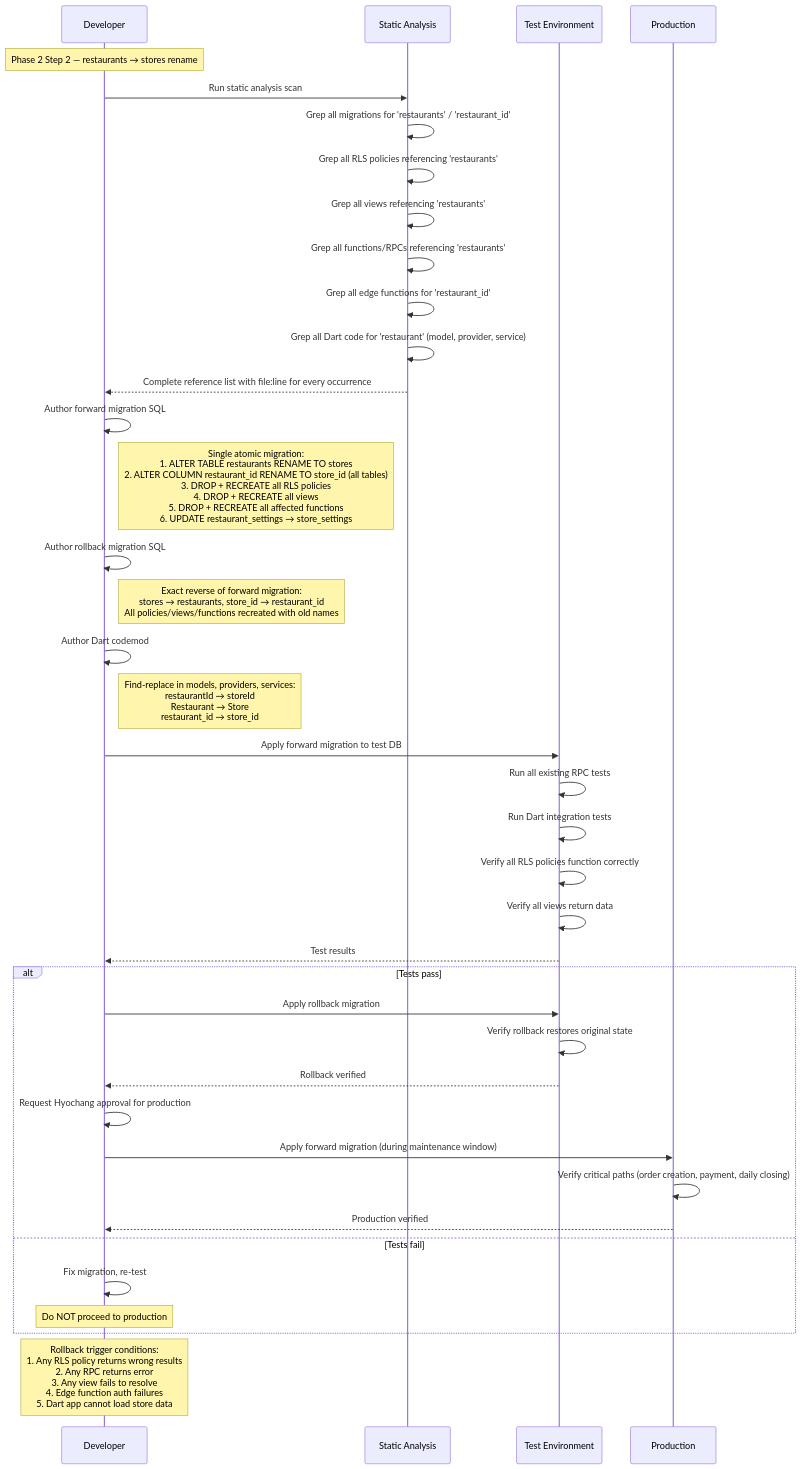
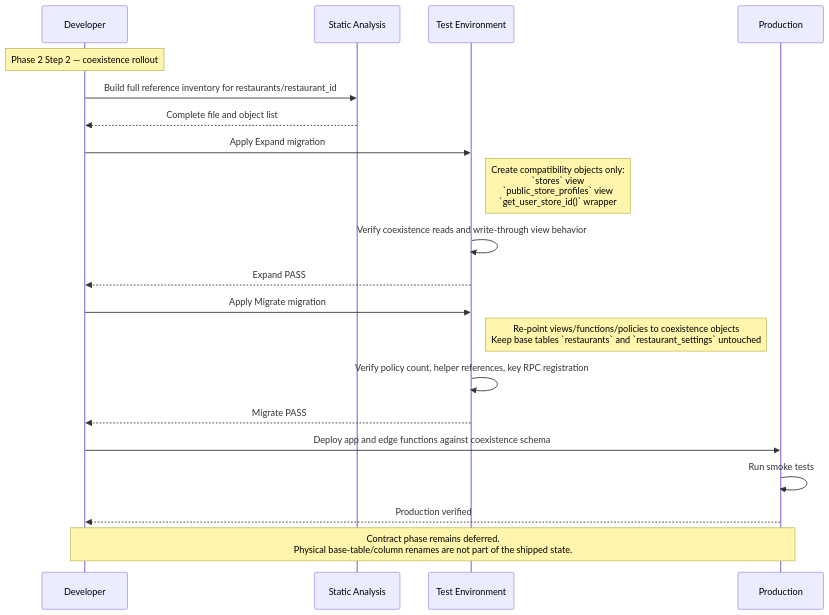
One commit to ahc0403-commits/globospossystem changed the seventh of 7 diagrams in docs/phase_1_architecture.md. Above: the diagram before and after it, drawn with Mermaid. The commit also changed other lines of this file and 49 other files, not shown here.

Commit message:
Apply store contract rename and doc sync

````diff
--- a/docs/phase_1_architecture.md
+++ b/docs/phase_1_architecture.md
@@ -1062,50 +956,30 @@
 ```mermaid
 sequenceDiagram
     participant Dev as Developer
     participant SA as Static Analysis
     participant Test as Test Environment
     participant Prod as Production
 
-    Note over Dev: Phase 2 Step 2 — restaurants → stores rename
+    Note over Dev: Phase 2 Step 2 — coexistence rollout
 
-    Dev->>SA: Run static analysis scan
-    SA->>SA: Grep all migrations for 'restaurants' / 'restaurant_id'
-    SA->>SA: Grep all RLS policies referencing 'restaurants'
-    SA->>SA: Grep all views referencing 'restaurants'
-    SA->>SA: Grep all functions/RPCs referencing 'restaurants'
-    SA->>SA: Grep all edge functions for 'restaurant_id'
-    SA->>SA: Grep all Dart code for 'restaurant' (model, provider, service)
-    SA-->>Dev: Complete reference list with file:line for every occurrence
+    Dev->>SA: Build full reference inventory for restaurants/restaurant_id
+    SA-->>Dev: Complete file and object list
 
-    Dev->>Dev: Author forward migration SQL
-    Note right of Dev: Single atomic migration:<br/>1. ALTER TABLE restaurants RENAME TO stores<br/>2. ALTER COLUMN restaurant_id RENAME TO store_id (all tables)<br/>3. DROP + RECREATE all RLS policies<br/>4. DROP + RECREATE all views<br/>5. DROP + RECREATE all affected functions<br/>6. UPDATE restaurant_settings → store_settings
+    Dev->>Test: Apply Expand migration
+    Note right of Test: Create compatibility objects only:<br/>`stores` view<br/>`public_store_profiles` view<br/>`get_user_store_id()` wrapper
 
-    Dev->>Dev: Author rollback migration SQL
-    Note right of Dev: Exact reverse of forward migration:<br/>stores → restaurants, store_id → restaurant_id<br/>All policies/views/functions recreated with old names
+    Test->>Test: Verify coexistence reads and write-through view behavior
+    Test-->>Dev: Expand PASS
 
-    Dev->>Dev: Author Dart codemod
-    Note right of Dev: Find-replace in models, providers, services:<br/>restaurantId → storeId<br/>Restaurant → Store<br/>restaurant_id → store_id
+    Dev->>Test: Apply Migrate migration
+    Note right of Test: Re-point views/functions/policies to coexistence objects<br/>Keep base tables `restaurants` and `restaurant_settings` untouched
 
-    Dev->>Test: Apply forward migration to test DB
-    Test->>Test: Run all existing RPC tests
-    Test->>Test: Run Dart integration tests
-    Test->>Test: Verify all RLS policies function correctly
-    Test->>Test: Verify all views return data
-    Test-->>Dev: Test results
+    Test->>Test: Verify policy count, helper references, key RPC registration
+    Test-->>Dev: Migrate PASS
 
-    alt Tests pass
-        Dev->>Test: Apply rollback migration
-        Test->>Test: Verify rollback restores original state
-        Test-->>Dev: Rollback verified
+    Dev->>Prod: Deploy app and edge functions against coexistence schema
+    Prod->>Prod: Run smoke tests
+    Prod-->>Dev: Production verified
 
-        Dev->>Dev: Request Hyochang approval for production
-        Dev->>Prod: Apply forward migration (during maintenance window)
-        Prod->>Prod: Verify critical paths (order creation, payment, daily closing)
-        Prod-->>Dev: Production verified
-    else Tests fail
-        Dev->>Dev: Fix migration, re-test
-        Note over Dev: Do NOT proceed to production
-    end
-
-    Note over Dev: Rollback trigger conditions:<br/>1. Any RLS policy returns wrong results<br/>2. Any RPC returns error<br/>3. Any view fails to resolve<br/>4. Edge function auth failures<br/>5. Dart app cannot load store data
+    Note over Dev,Prod: Contract phase remains deferred.<br/>Physical base-table/column renames are not part of the shipped state.
 ```
````
